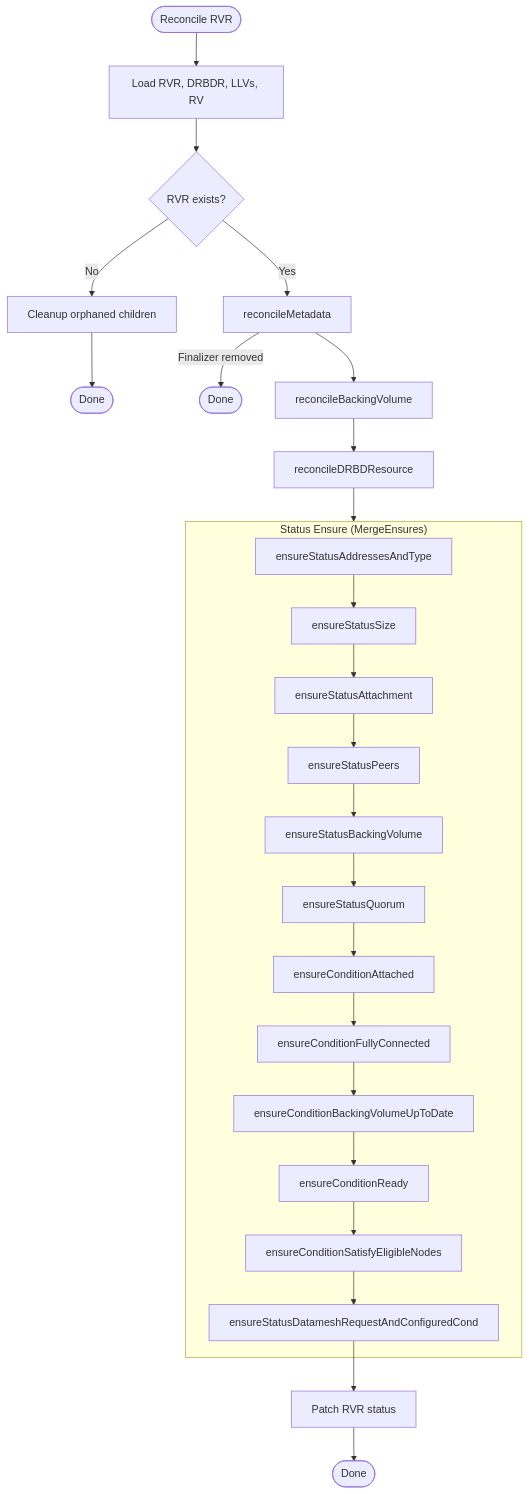
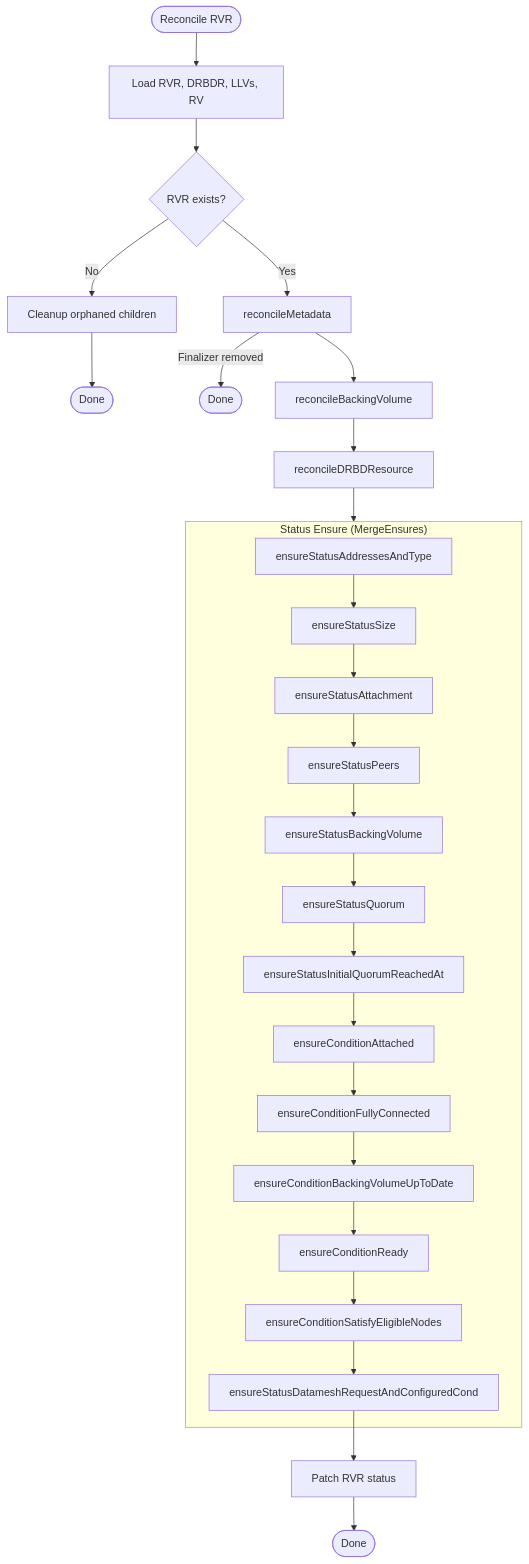
The first of 18 diagrams in images/controller/internal/controllers/rvr_controller/README.md (deckhouse/sds-replicated-volume), drawn with Mermaid before and after one commit. The commit also changed other lines of this file and 10 other files, not shown here.

````diff
--- a/images/controller/internal/controllers/rvr_controller/README.md
+++ b/images/controller/internal/controllers/rvr_controller/README.md
@@ -139,33 +142,34 @@
 ```mermaid
 flowchart TD
     Start([Reconcile RVR]) --> Load[Load RVR, DRBDR, LLVs, RV]
     Load --> CheckExists{RVR exists?}
 
     CheckExists -->|No| Cleanup[Cleanup orphaned children]
     Cleanup --> Done1([Done])
 
     CheckExists -->|Yes| Meta[reconcileMetadata]
     Meta -->|Finalizer removed| Done2([Done])
     Meta --> BV[reconcileBackingVolume]
     BV --> DRBDR[reconcileDRBDResource]
 
     DRBDR --> StatusBlock
 
     subgraph StatusBlock ["Status Ensure (MergeEnsures)"]
         AddrType[ensureStatusAddressesAndType]
         AddrType --> StatusSize[ensureStatusSize]
         StatusSize --> StatusAttach[ensureStatusAttachment]
         StatusAttach --> Peers[ensureStatusPeers]
         Peers --> BVStatus[ensureStatusBackingVolume]
         BVStatus --> StatusQuorum[ensureStatusQuorum]
-        StatusQuorum --> CondAttach[ensureConditionAttached]
+        StatusQuorum --> InitialQuorum[ensureStatusInitialQuorumReachedAt]
+        InitialQuorum --> CondAttach[ensureConditionAttached]
         CondAttach --> PeersCond[ensureConditionFullyConnected]
         PeersCond --> BVInSync[ensureConditionBackingVolumeUpToDate]
         BVInSync --> CondReady[ensureConditionReady]
         CondReady --> SEN[ensureConditionSatisfyEligibleNodes]
         SEN --> DmPendingAndCond[ensureStatusDatameshRequestAndConfiguredCond]
     end
 
     DmPendingAndCond --> Patch[Patch RVR status]
     Patch --> EndNode([Done])
 ```
````
